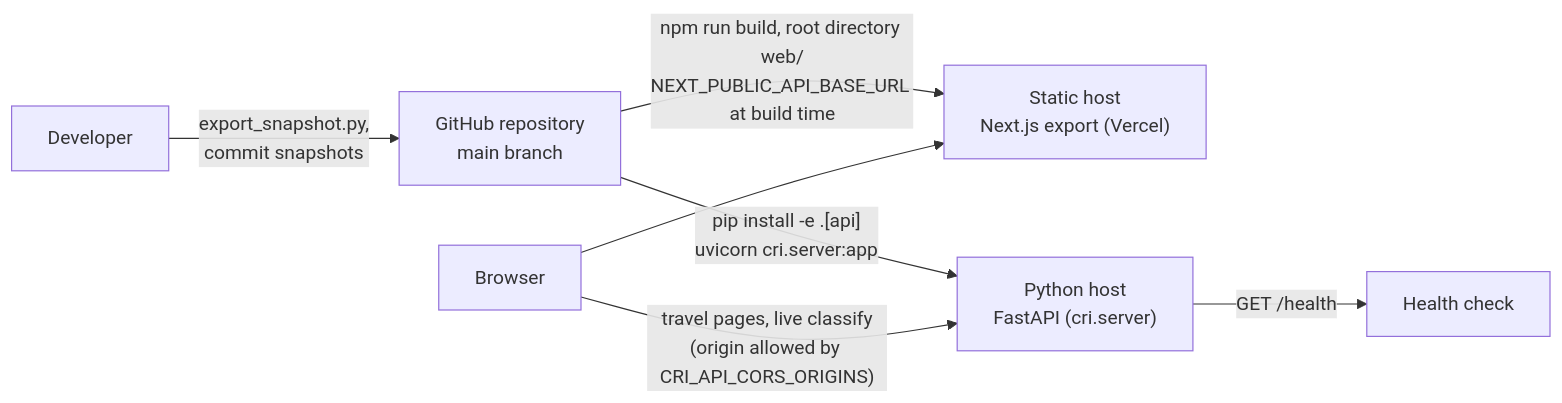
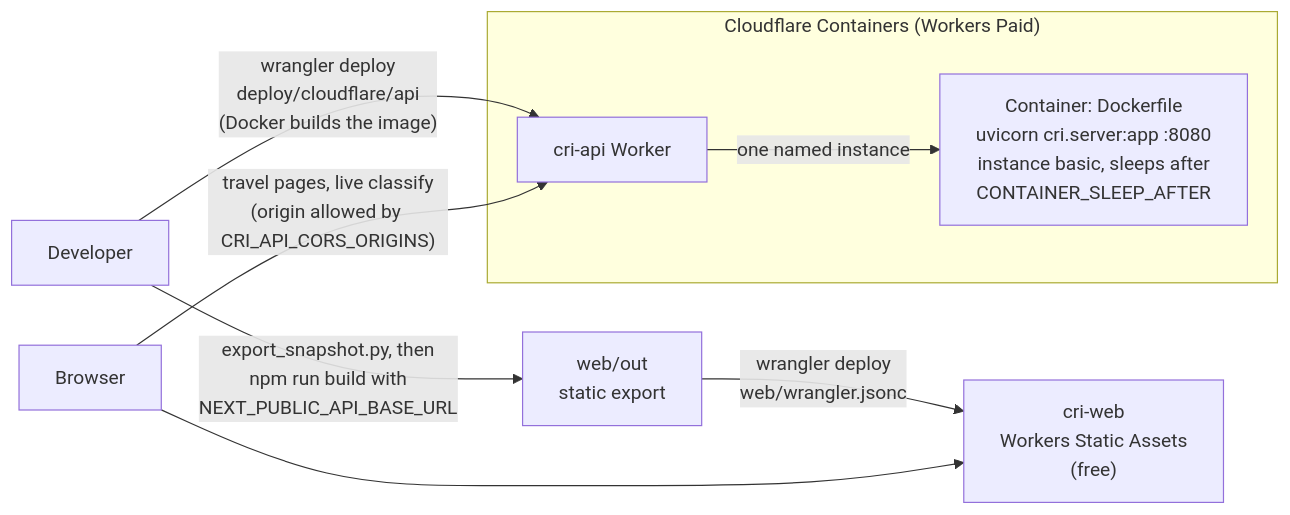
Diagram 14 of 14 in README.md (AnubhavKiroula/cluster-review-intelligence), drawn with Mermaid before and after one commit. The commit also changed other lines of this file and 2 other files, not shown here.

First line of the commit message:
docs(deploy): Cloudflare as the primary deployment target

````diff
--- a/README.md
+++ b/README.md
@@ -690,9 +700,13 @@
 ```mermaid
 flowchart LR
-    DEV["Developer"] -- "export_snapshot.py,<br/>commit snapshots" --> GH["GitHub repository<br/>main branch"]
-    GH -- "npm run build, root directory web/<br/>NEXT_PUBLIC_API_BASE_URL at build time" --> WEBH["Static host<br/>Next.js export (Vercel)"]
-    GH -- "pip install -e .[api]<br/>uvicorn cri.server:app" --> APIH["Python host<br/>FastAPI (cri.server)"]
-    USER["Browser"] --> WEBH
-    USER -- "travel pages, live classify<br/>(origin allowed by CRI_API_CORS_ORIGINS)" --> APIH
-    APIH -- "GET /health" --> HC["Health check"]
+    DEV["Developer"] -- "export_snapshot.py, then<br/>npm run build with<br/>NEXT_PUBLIC_API_BASE_URL" --> OUT["web/out<br/>static export"]
+    OUT -- "wrangler deploy<br/>web/wrangler.jsonc" --> WEB["cri-web<br/>Workers Static Assets<br/>(free)"]
+    DEV -- "wrangler deploy<br/>deploy/cloudflare/api<br/>(Docker builds the image)" --> W["cri-api Worker"]
+
+    subgraph CF["Cloudflare Containers (Workers Paid)"]
+        W -- "one named instance" --> C["Container: Dockerfile<br/>uvicorn cri.server:app :8080<br/>instance basic, sleeps after<br/>CONTAINER_SLEEP_AFTER"]
+    end
+
+    USER["Browser"] --> WEB
+    USER -- "travel pages, live classify<br/>(origin allowed by CRI_API_CORS_ORIGINS)" --> W
 ```
````
